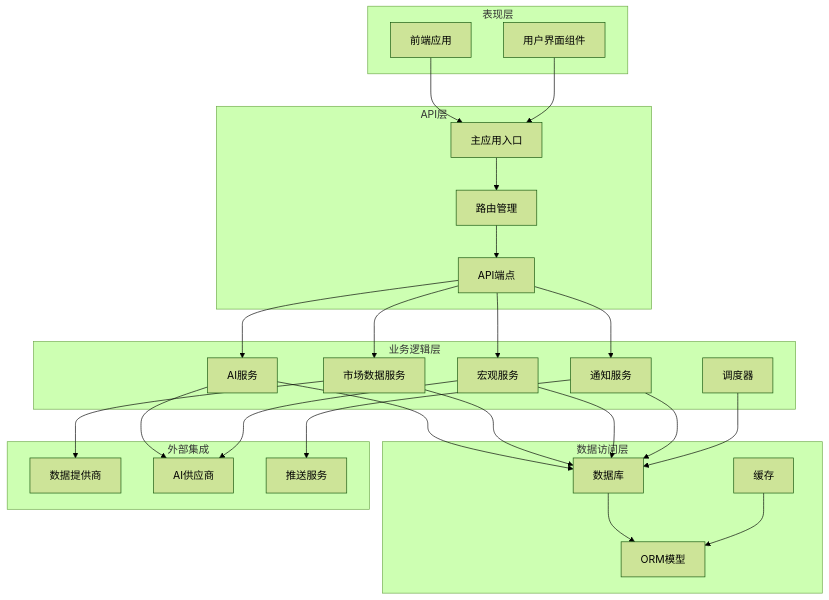
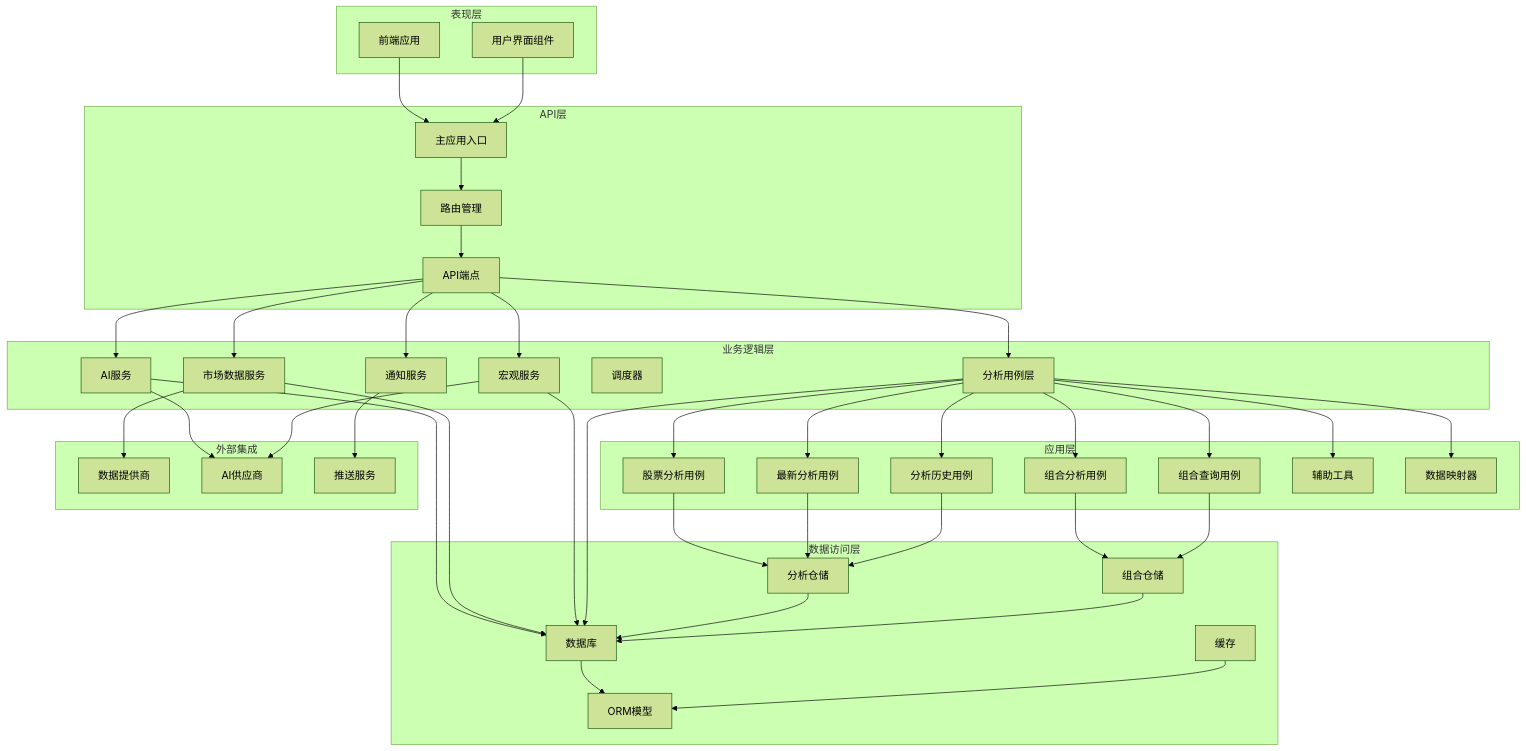
The fifth of 12 diagrams in .qoder/repowiki/zh/content/Enhanced Ai Analysis Service.md (breeze-lyf/ai-stock-advisor), drawn with Mermaid (forest theme) before and after one commit. The commit also changed other lines of this file and 43 other files, not shown here.

````diff
--- a/.qoder/repowiki/zh/content/Enhanced Ai Analysis Service.md
+++ b/.qoder/repowiki/zh/content/Enhanced Ai Analysis Service.md
@@ -223,48 +246,74 @@
 ```mermaid
 graph TB
 subgraph "表现层"
 Frontend[前端应用]
 UI[用户界面组件]
 end
 subgraph "API层"
 Main[主应用入口]
 Router[路由管理]
 Endpoints[API端点]
 end
 subgraph "业务逻辑层"
 AIService[AI服务]
 MarketService[市场数据服务]
 MacroService[宏观服务]
 NotificationService[通知服务]
 Scheduler[调度器]
+AnalysisUseCases[分析用例层]
+end
+subgraph "应用层"
+AnalyzeStockUseCase[股票分析用例]
+AnalyzePortfolioUseCase[组合分析用例]
+GetLatestAnalysisUseCase[最新分析用例]
+GetAnalysisHistoryUseCase[分析历史用例]
+QueryPortfolioUseCase[组合查询用例]
+Helpers[辅助工具]
+Mappers[数据映射器]
 end
 subgraph "数据访问层"
 Database[数据库]
 Cache[缓存]
 Models[ORM模型]
+AnalysisRepository[分析仓储]
+PortfolioRepository[组合仓储]
 end
 subgraph "外部集成"
 Providers[数据提供商]
 AIProviders[AI供应商]
 PushServices[推送服务]
 end
 Frontend --> Main
 UI --> Main
 Main --> Router
 Router --> Endpoints
+Endpoints --> AnalysisUseCases
 Endpoints --> AIService
 Endpoints --> MarketService
 Endpoints --> MacroService
 Endpoints --> NotificationService
+AnalysisUseCases --> AnalyzeStockUseCase
+AnalysisUseCases --> AnalyzePortfolioUseCase
+AnalysisUseCases --> GetLatestAnalysisUseCase
+AnalysisUseCases --> GetAnalysisHistoryUseCase
+AnalysisUseCases --> QueryPortfolioUseCase
+AnalysisUseCases --> Helpers
+AnalysisUseCases --> Mappers
+AnalyzeStockUseCase --> AnalysisRepository
+AnalyzePortfolioUseCase --> PortfolioRepository
+GetLatestAnalysisUseCase --> AnalysisRepository
+GetAnalysisHistoryUseCase --> AnalysisRepository
+QueryPortfolioUseCase --> PortfolioRepository
 AIService --> AIProviders
 MarketService --> Providers
 MacroService --> AIProviders
 NotificationService --> PushServices
 AIService --> Database
 MarketService --> Database
 MacroService --> Database
-NotificationService --> Database
-Scheduler --> Database
+AnalysisUseCases --> Database
+AnalysisRepository --> Database
+PortfolioRepository --> Database
 Database --> Models
 Cache --> Models
 ```
````
